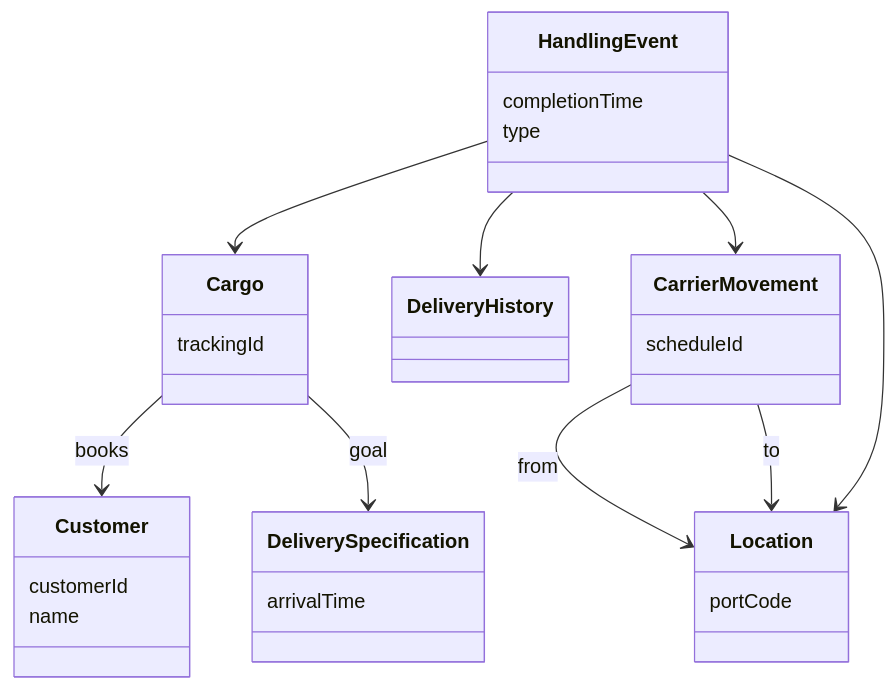
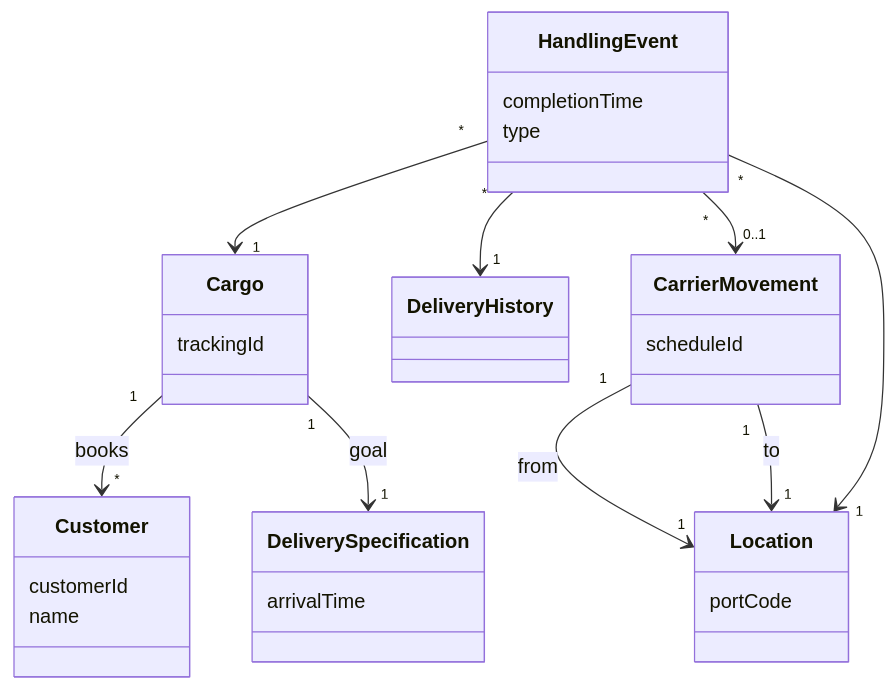
The diagram in docs/architecture/01-design.md (peterramaldes/cs), drawn with Mermaid before and after one commit.

Commit message:
docs: restore cardinality to relationships

````diff
--- a/docs/architecture/01-design.md
+++ b/docs/architecture/01-design.md
@@ -5,40 +5,40 @@
 ```mermaid
 classDiagram
     class Customer {
         customerId
         name
     }
 
     class Cargo {
         trackingId
     }
 
     class DeliveryHistory {
     }
 
     class DeliverySpecification {
         arrivalTime
     }
 
     class HandlingEvent {
         completionTime
         type
     }
 
     class CarrierMovement {
         scheduleId
     }
 
     class Location {
         portCode
     }
 
-    Cargo --> Customer : books
-    HandlingEvent --> Cargo
-    HandlingEvent --> DeliveryHistory
-    Cargo --> DeliverySpecification : goal
-    CarrierMovement --> Location : from
-    CarrierMovement --> Location : to
-    HandlingEvent --> CarrierMovement
-    HandlingEvent --> Location
+    Cargo "1" --> "*" Customer : books
+    HandlingEvent "*" --> "1" Cargo
+    HandlingEvent "*" --> "1" DeliveryHistory
+    Cargo "1" --> "1" DeliverySpecification : goal
+    CarrierMovement "1" --> "1" Location : from
+    CarrierMovement "1" --> "1" Location : to
+    HandlingEvent "*" --> "0..1" CarrierMovement
+    HandlingEvent "*" --> "1" Location
 ```
````
